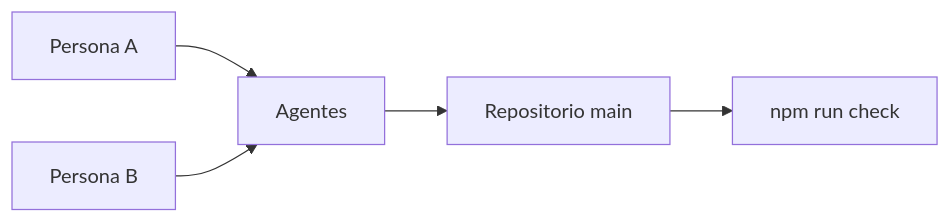
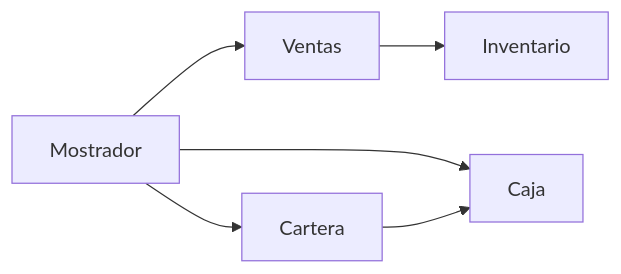
The diagram in docs/ARCHITECTURE.md (walter21rm/medio-curso), drawn with Mermaid before and after one commit. The commit also changed other lines of this file and 29 other files, not shown here.

````diff
--- a/docs/ARCHITECTURE.md
+++ b/docs/ARCHITECTURE.md
@@ -7,12 +5,13 @@
 ```mermaid
 flowchart LR
-  personaA[Persona A]
-  personaB[Persona B]
-  agentes[Agentes]
-  repo[Repositorio main]
-  check[npm run check]
-  personaA --> agentes
-  personaB --> agentes
-  agentes --> repo
-  repo --> check
+  mostrador[Mostrador]
+  ventas[Ventas]
+  cartera[Cartera]
+  caja[Caja]
+  inventario[Inventario]
+  mostrador --> ventas
+  mostrador --> cartera
+  mostrador --> caja
+  ventas --> inventario
+  cartera --> caja
 ```
````
